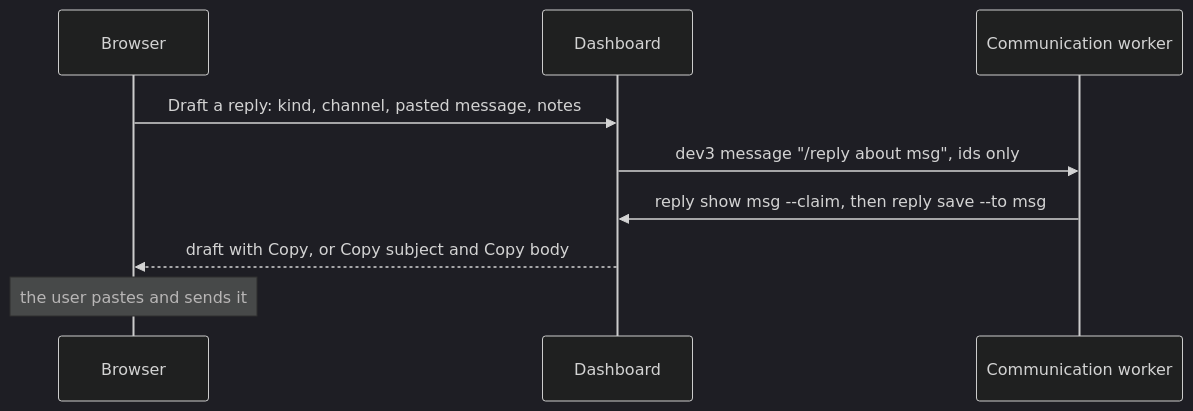
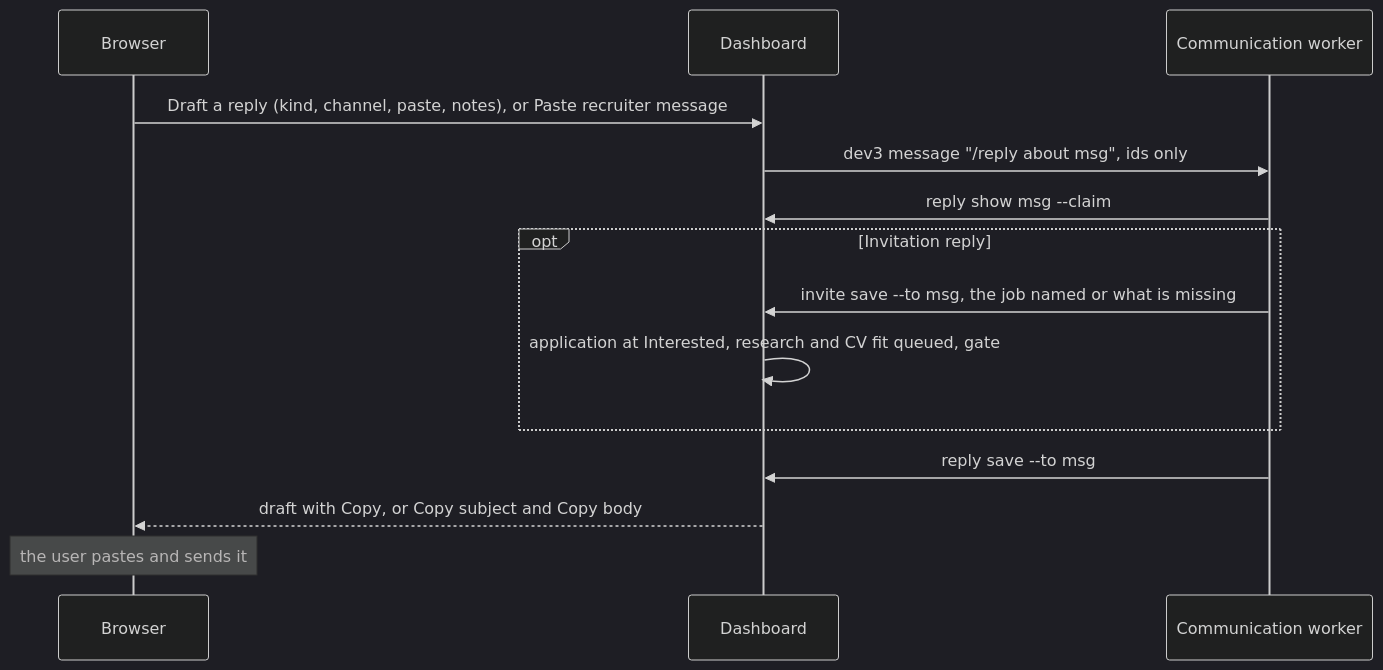
The fifth of 10 diagrams in docs/how-it-works.md (Pavlana/hirey), drawn with Mermaid (dark theme) before and after one commit. The commit also changed other lines of this file and 24 other files, not shown here.

First line of the commit message:
LinkedIn invitations: one paste, evaluated, then a reply or a head start (#61)

````diff
--- a/docs/how-it-works.md
+++ b/docs/how-it-works.md
@@ -196,11 +196,16 @@
 ```mermaid
 sequenceDiagram
     participant B as Browser
     participant W as Dashboard
     participant C as Communication worker
-    B->>W: Draft a reply: kind, channel, pasted message, notes
+    B->>W: Draft a reply (kind, channel, paste, notes), or Paste recruiter message
     W->>C: dev3 message "/reply about msg", ids only
-    C->>W: reply show msg --claim, then reply save --to msg
+    C->>W: reply show msg --claim
+    opt Invitation reply
+        C->>W: invite save --to msg, the job named or what is missing
+        W->>W: application at Interested, research and CV fit queued, gate
+    end
+    C->>W: reply save --to msg
     W-->>B: draft with Copy, or Copy subject and Copy body
     Note over B: the user pastes and sends it
 ```
````
